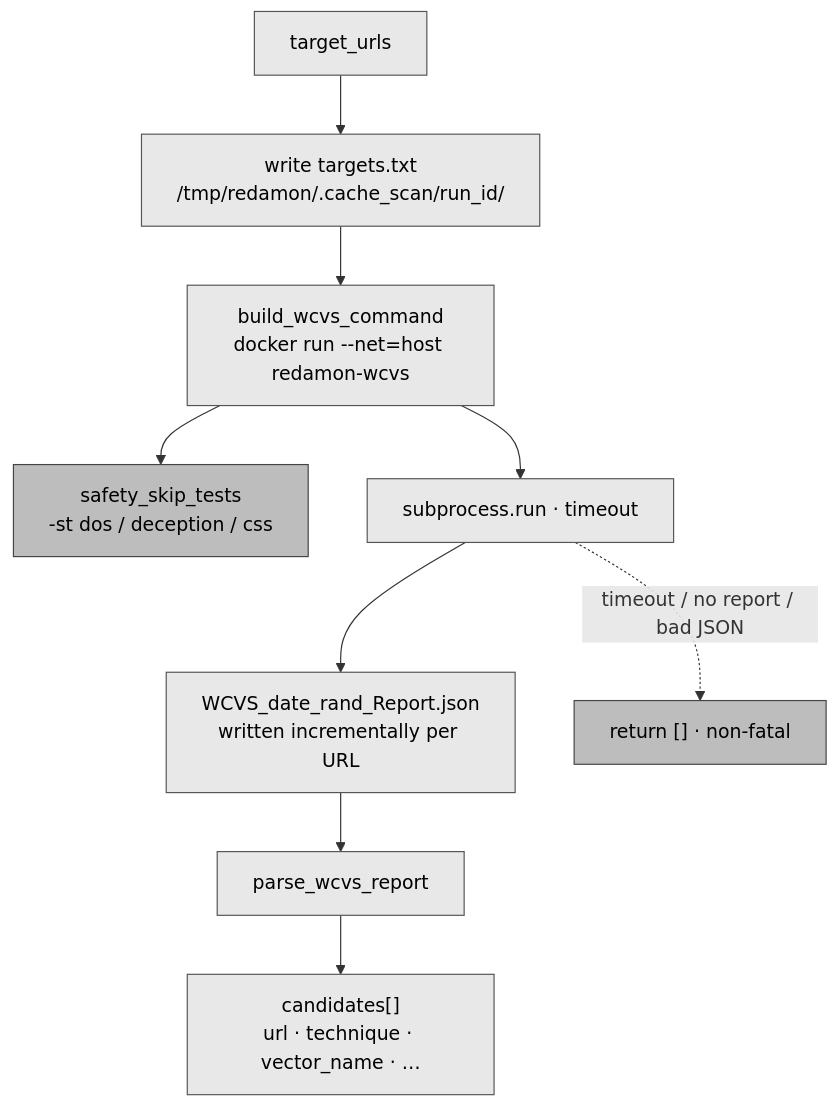
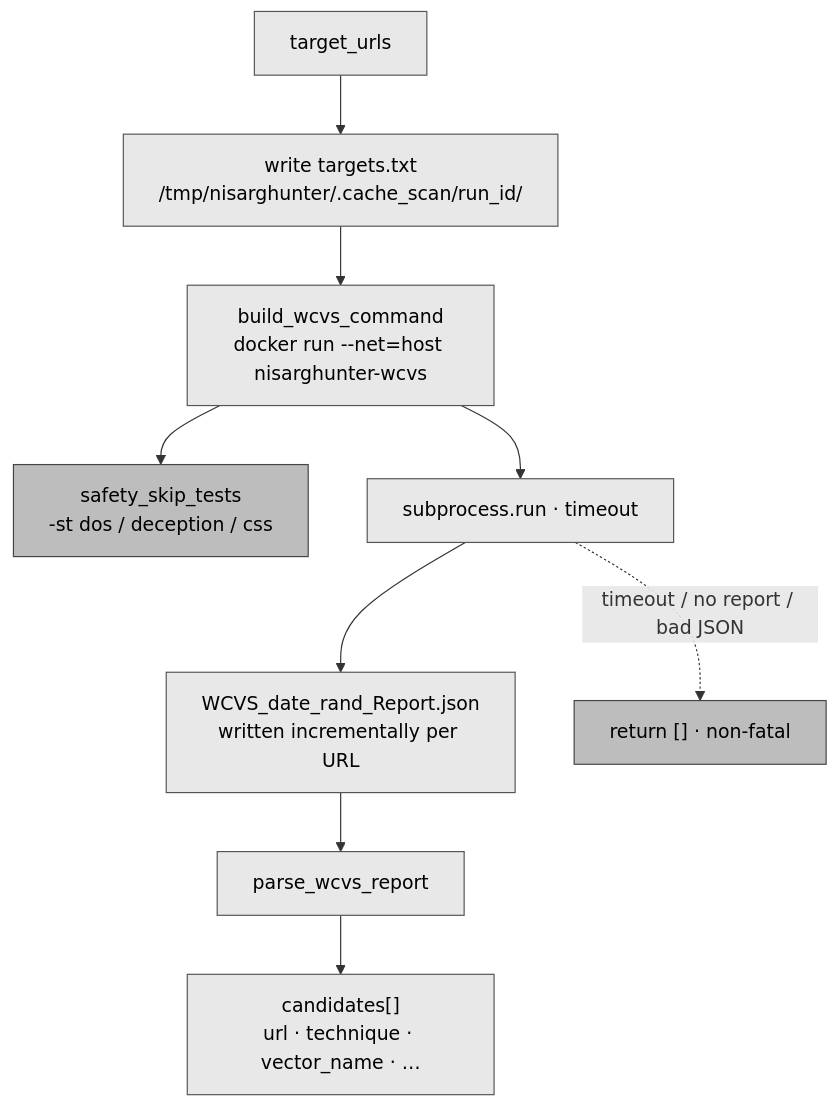
The fourth of 11 diagrams in readmes/README.WCP_RECON_MODULE.md (NisargDedakiya/DNM-hunter), drawn with Mermaid before and after one commit. The commit also changed other lines of this file and 389 other files, not shown here.

First line of the commit message:
Rebrand RedAmon to NisargHunter AI (Phase 00 of v2.0 roadmap)

````diff
--- a/readmes/README.WCP_RECON_MODULE.md
+++ b/readmes/README.WCP_RECON_MODULE.md
@@ -239,16 +239,16 @@
 ```mermaid
 flowchart TD
-    U["target_urls"] --> TF["write targets.txt<br/>/tmp/redamon/.cache_scan/run_id/"]
-    TF --> CMD["build_wcvs_command<br/>docker run --net=host redamon-wcvs"]
+    U["target_urls"] --> TF["write targets.txt<br/>/tmp/nisarghunter/.cache_scan/run_id/"]
+    TF --> CMD["build_wcvs_command<br/>docker run --net=host nisarghunter-wcvs"]
     CMD --> SKIP["safety_skip_tests<br/>-st dos / deception / css"]
     CMD --> RUN["subprocess.run · timeout"]
     RUN --> RPT["WCVS_date_rand_Report.json<br/>written incrementally per URL"]
     RPT --> PARSE["parse_wcvs_report"]
     PARSE --> CAND["candidates[]<br/>url · technique · vector_name · …"]
     RUN -.->|"timeout / no report / bad JSON"| EMPTY["return [] · non-fatal"]
 
     classDef g fill:#e8e8e8,stroke:#555,color:#000
     classDef d fill:#bdbdbd,stroke:#444,color:#000
     class U,TF,CMD,RUN,RPT,PARSE,CAND g
     class SKIP,EMPTY d
 ```
````
